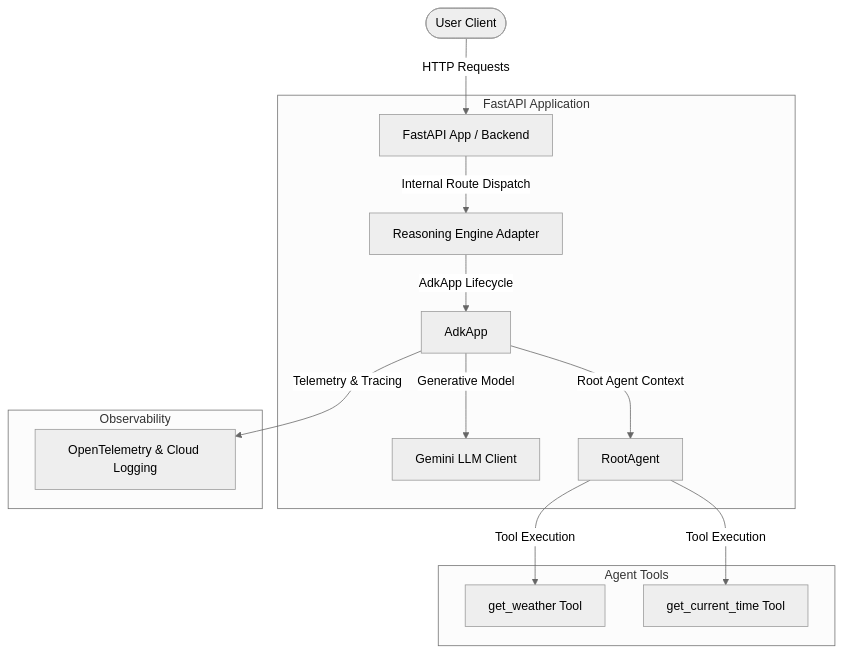
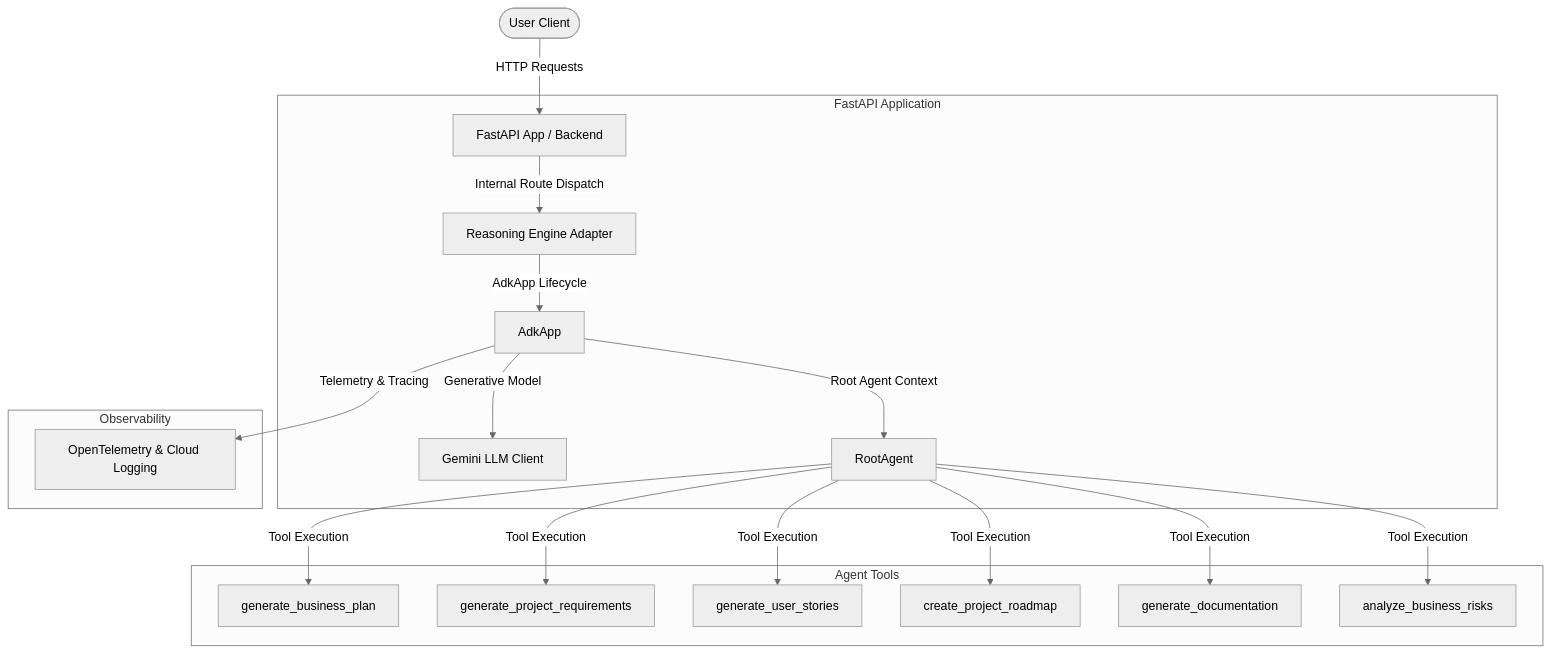
Before and after one commit to uicoder1/sprintpilot-ai: the diagram in README.md, drawn with Mermaid (neutral theme). The commit also changed other lines of this file and 6 other files, not shown here.

Commit message:
Transform demo agent into SprintPilot AI Business Operations Assistant with 6 custom business tools

````diff
--- a/README.md
+++ b/README.md
@@ -37,20 +37,24 @@
 ```mermaid
 graph TD
     User([User Client]) -->|HTTP Requests| FastAPI[FastAPI App / Backend]
     
     subgraph FastAPI Application
         FastAPI -->|Internal Route Dispatch| Adapters[Reasoning Engine Adapter]
         Adapters -->|AdkApp Lifecycle| ADK[AdkApp]
         ADK -->|Generative Model| Model[Gemini LLM Client]
         ADK -->|Root Agent Context| Agent[RootAgent]
     end
     
     subgraph Agent Tools
-        Agent -->|Tool Execution| Weather[get_weather Tool]
-        Agent -->|Tool Execution| Time[get_current_time Tool]
+        Agent -->|Tool Execution| BizPlan[generate_business_plan]
+        Agent -->|Tool Execution| PRD[generate_project_requirements]
+        Agent -->|Tool Execution| Stories[generate_user_stories]
+        Agent -->|Tool Execution| Roadmap[create_project_roadmap]
+        Agent -->|Tool Execution| Doc[generate_documentation]
+        Agent -->|Tool Execution| Risk[analyze_business_risks]
     end
     
     subgraph Observability
         ADK -->|Telemetry & Tracing| OTel[OpenTelemetry & Cloud Logging]
     end
 ```
````
